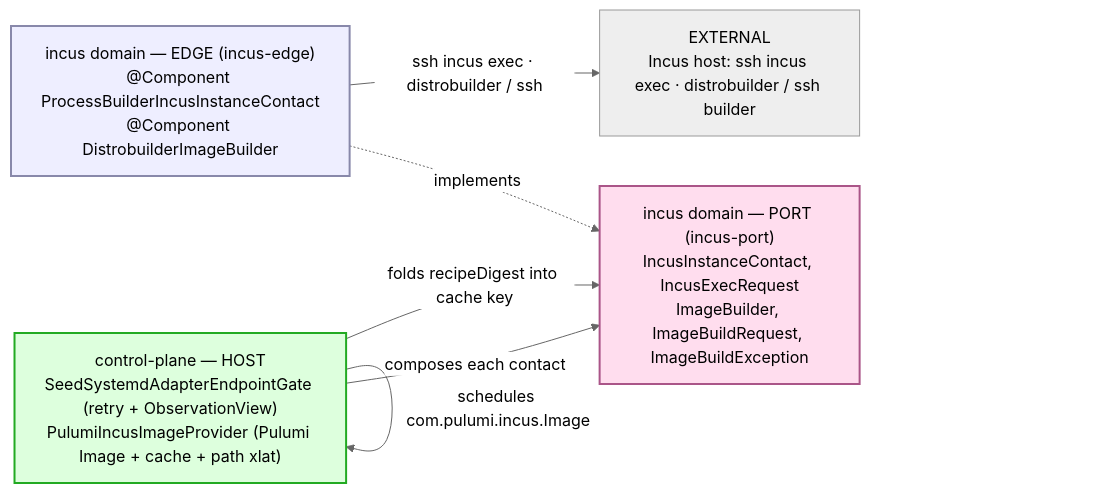
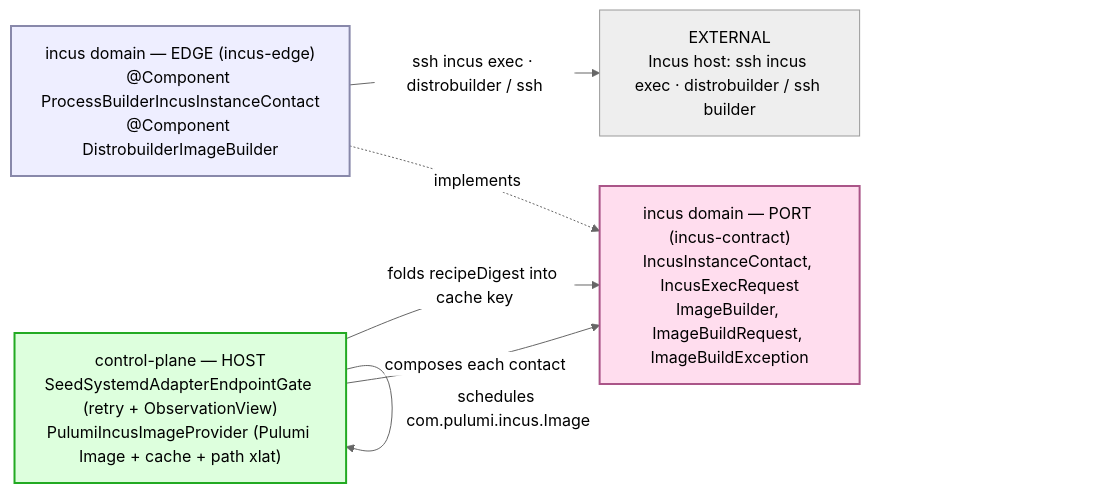
Before and after one commit to nxmatic/rke2lab: the diagram in docs/architecture/osgi/incus-edge-spec.adoc, drawn with Mermaid (neutral theme). The commit also changed other lines of this file and 25 other files, not shown here.

```diff
--- a/docs/architecture/osgi/incus-edge-spec.adoc
+++ b/docs/architecture/osgi/incus-edge-spec.adoc
@@ -85,21 +85,21 @@
 [mermaid]
 ....
 flowchart LR
   world["EXTERNAL<br/>Incus host: ssh incus exec · distrobuilder / ssh builder"]
   edge["incus domain — EDGE (incus-edge)<br/>@Component ProcessBuilderIncusInstanceContact<br/>@Component DistrobuilderImageBuilder"]
-  iport["incus domain — PORT (incus-port)<br/>IncusInstanceContact, IncusExecRequest<br/>ImageBuilder, ImageBuildRequest, ImageBuildException"]
+  iport["incus domain — PORT (incus-contract)<br/>IncusInstanceContact, IncusExecRequest<br/>ImageBuilder, ImageBuildRequest, ImageBuildException"]
   gate["control-plane — HOST<br/>SeedSystemdAdapterEndpointGate (retry + ObservationView)<br/>PulumiIncusImageProvider (Pulumi Image + cache + path xlat)"]
   gate -->|composes each contact| iport
   gate -->|folds recipeDigest into cache key| iport
   edge -.->|implements| iport
   edge -->|ssh incus exec · distrobuilder / ssh| world
   gate -->|schedules com.pulumi.incus.Image| gate
   classDef e fill:#eef,stroke:#88a,stroke-width:2px;
   classDef p fill:#fde,stroke:#a58,stroke-width:2px;
   classDef h fill:#dfd,stroke:#2a2,stroke-width:2px;
   classDef w fill:#eee,stroke:#999,stroke-width:1px;
   class edge e;
   class iport p;
   class gate h;
   class world w;
 ....
```
